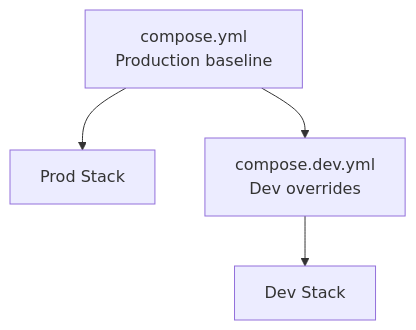
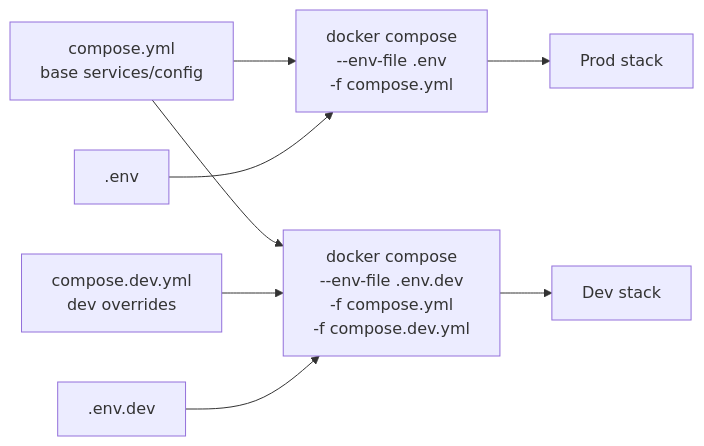
One commit to badbayesian/puppy_ping changed the second of 2 diagrams in README.md. Above: the diagram before and after it, drawn with Mermaid. The commit also changed other lines of this file and 1 other file, not shown here.

Commit message:
docs: schema info

````diff
--- a/README.md
+++ b/README.md
@@ -55,6 +55,16 @@
 ```mermaid
-flowchart TD
-  A[compose.yml\nProduction baseline] --> B[Prod Stack]
-  A --> C[compose.dev.yml\nDev overrides]
-  C --> D[Dev Stack]
+flowchart LR
+  B[compose.yml\nbase services/config]
+  O[compose.dev.yml\ndev overrides]
+  EP[.env]
+  ED[.env.dev]
+
+  B --> CP[docker compose\n--env-file .env\n-f compose.yml]
+  EP --> CP
+  CP --> P[Prod stack]
+
+  B --> CD[docker compose\n--env-file .env.dev\n-f compose.yml\n-f compose.dev.yml]
+  O --> CD
+  ED --> CD
+  CD --> D[Dev stack]
 ```
````
